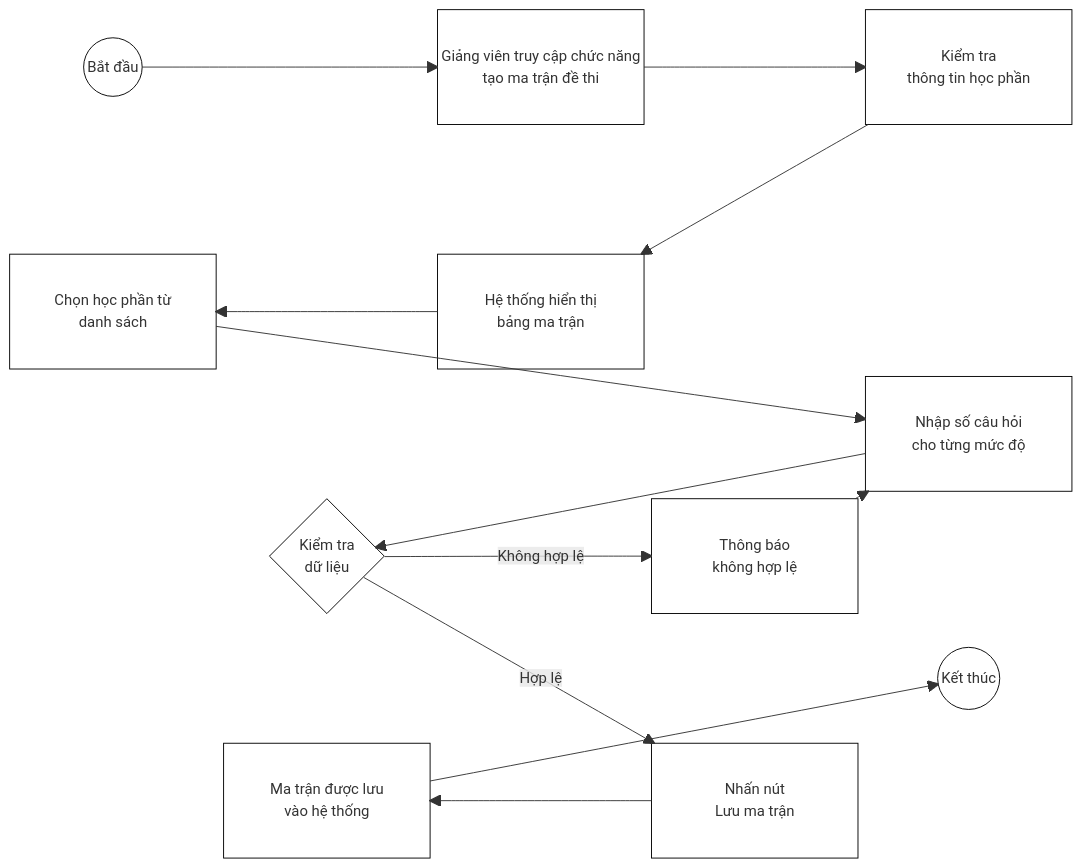
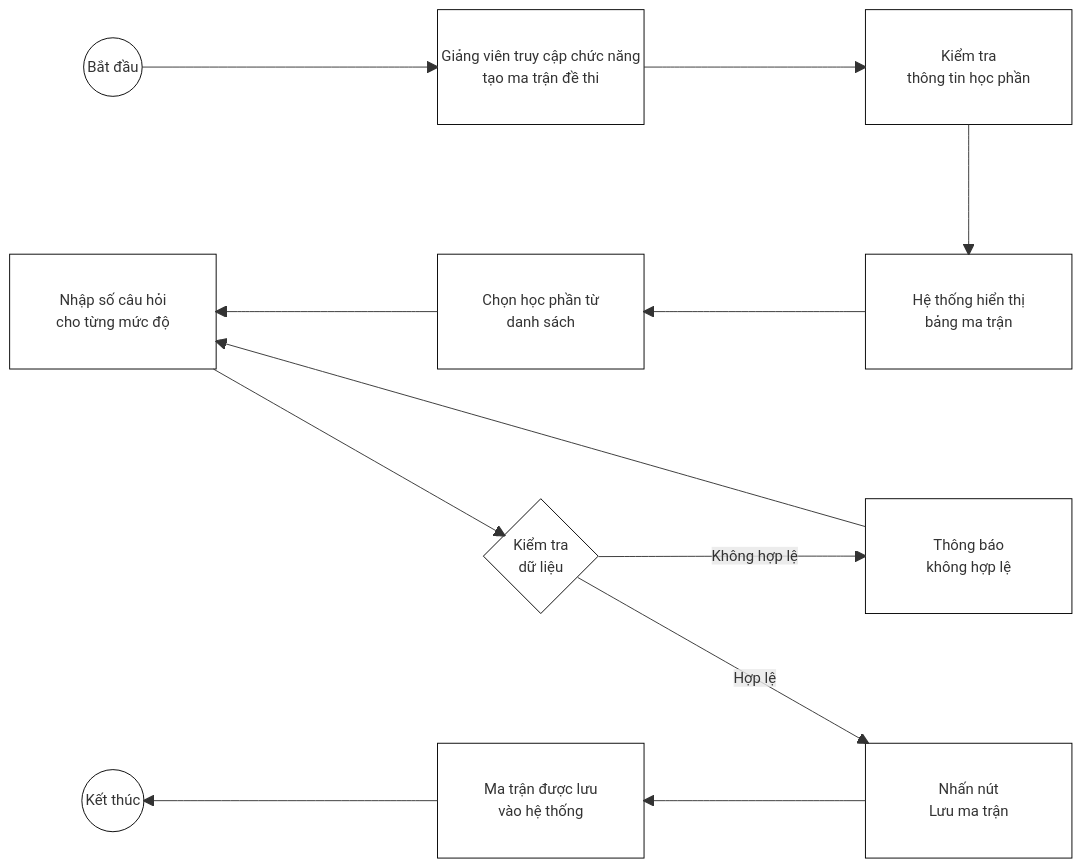
The diagram in mermaid/tao_ma_tran_de_thi.md (Tuyet213/exam_bank), drawn with Mermaid before and after one commit. The commit also changed 2 other files, not shown here.

Commit message:
update mermaid

````diff
--- a/mermaid/tao_ma_tran_de_thi.md
+++ b/mermaid/tao_ma_tran_de_thi.md
@@ -1,33 +1,33 @@
 ```mermaid
 block-beta
     columns 5
     
     A(("Bắt đầu")) space C["Giảng viên truy cập chức năng\ntạo ma trận đề thi"] space D["Kiểm tra\nthông tin học phần"]
     
     space:5
     
-    F["Chọn học phần từ\ndanh sách"] space E["Hệ thống hiển thị\nbảng ma trận"] space 
+    G["Nhập số câu hỏi\ncho từng mức độ"] space F["Chọn học phần từ\ndanh sách"] space E["Hệ thống hiển thị\nbảng ma trận"] space  
     
     space:5
     
-    G["Nhập số câu hỏi\ncho từng mức độ"] space H{"Kiểm tra\ndữ liệu"} space I["Thông báo\nkhông hợp lệ"]
+     space H{"Kiểm tra\ndữ liệu"} space I["Thông báo\nkhông hợp lệ"]
     
     space:5
     
     L(("Kết thúc")) space K["Ma trận được lưu\nvào hệ thống"] space J["Nhấn nút\nLưu ma trận"]
     
     A --> C
     C --> D
     D --> E
     E --> F
     F --> G
     G --> H
     H -- "Hợp lệ" --> J
     H -- "Không hợp lệ" --> I
     I --> G
     J --> K
     K --> L
 
     classDef WHITE fill: #fff, stroke: #000
     class A,B,C,D,E,F,G,H,I,J,K,L,M,N,O,P,Q,R,X,T,U,V,W,X,Y,Z WHITE
 ``` 
````
